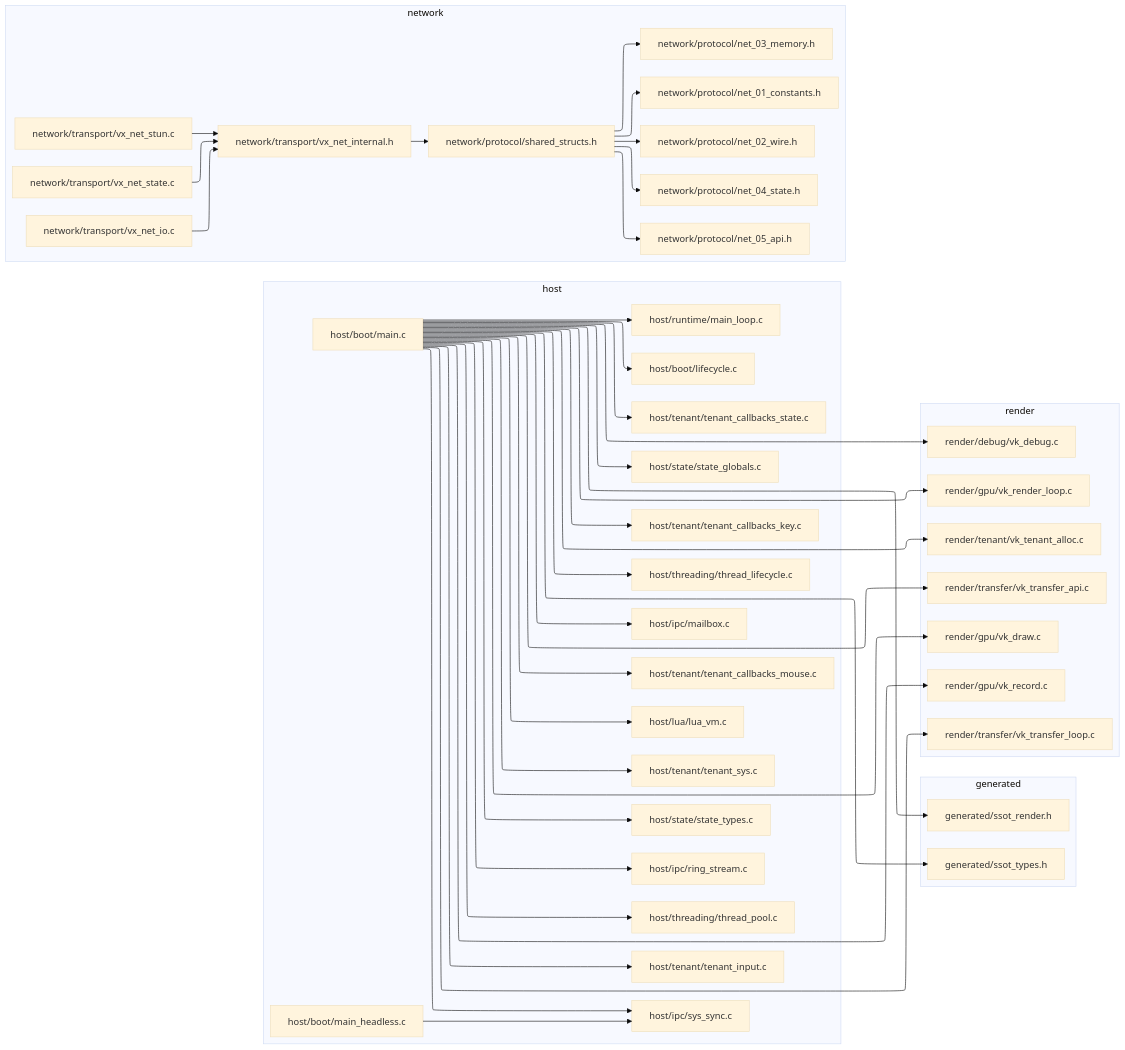
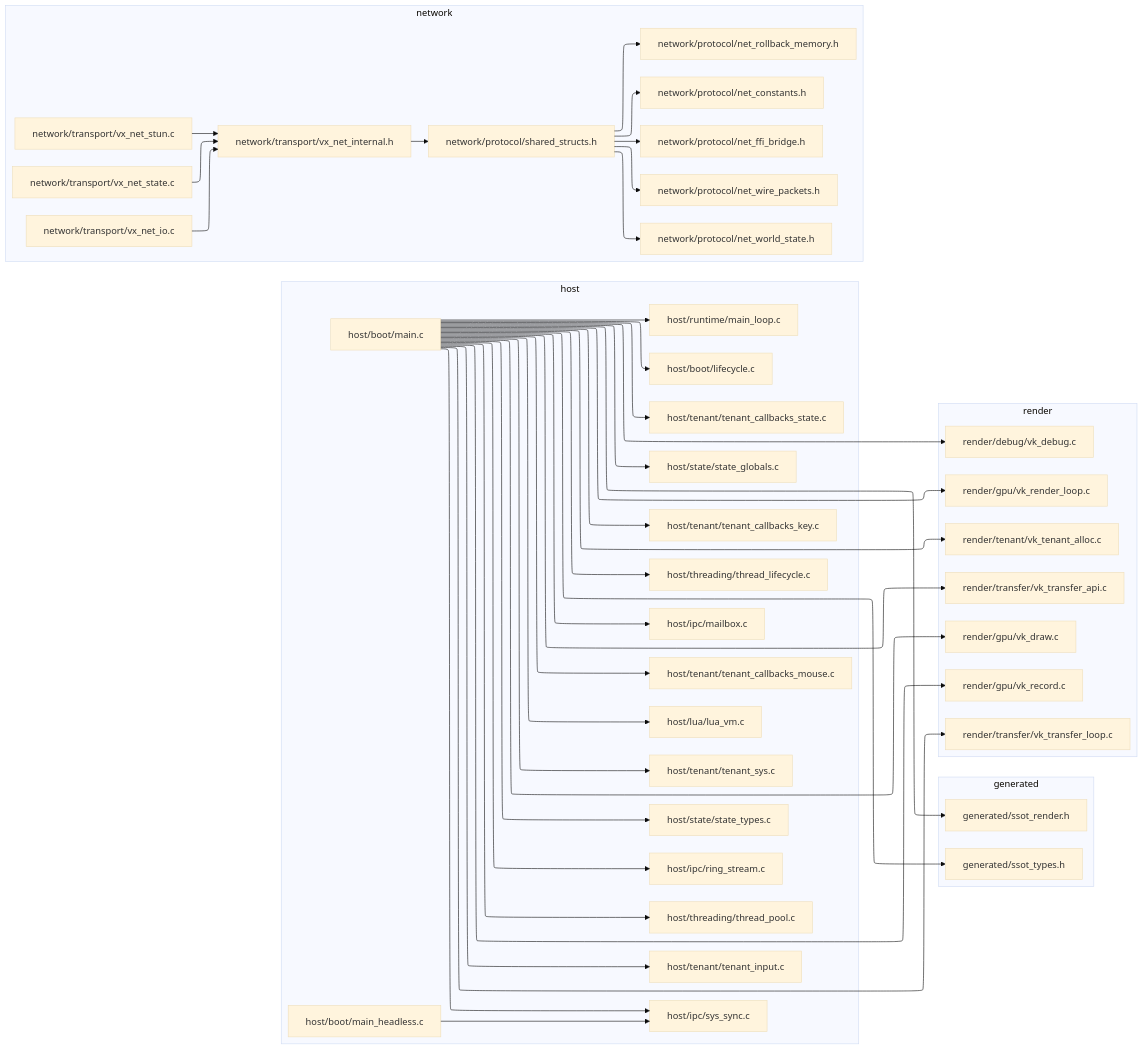
One commit to beyondbrokkoli/demo_engine changed the diagram in docs/deps_c.md. Above: the diagram before and after it, drawn with Mermaid (base theme). The commit also changed 1 other file, not shown here.

```diff
--- a/docs/deps_c.md
+++ b/docs/deps_c.md
@@ -26,11 +26,11 @@
         host_threading_thread_pool_c["host/threading/thread_pool.c"]
     end
     subgraph network
-        network_protocol_net_01_constants_h["network/protocol/net_01_constants.h"]
-        network_protocol_net_02_wire_h["network/protocol/net_02_wire.h"]
-        network_protocol_net_03_memory_h["network/protocol/net_03_memory.h"]
-        network_protocol_net_04_state_h["network/protocol/net_04_state.h"]
-        network_protocol_net_05_api_h["network/protocol/net_05_api.h"]
+        network_protocol_net_constants_h["network/protocol/net_constants.h"]
+        network_protocol_net_ffi_bridge_h["network/protocol/net_ffi_bridge.h"]
+        network_protocol_net_rollback_memory_h["network/protocol/net_rollback_memory.h"]
+        network_protocol_net_wire_packets_h["network/protocol/net_wire_packets.h"]
+        network_protocol_net_world_state_h["network/protocol/net_world_state.h"]
         network_protocol_shared_structs_h["network/protocol/shared_structs.h"]
         network_transport_vx_net_internal_h["network/transport/vx_net_internal.h"]
         network_transport_vx_net_io_c["network/transport/vx_net_io.c"]
@@ -71,11 +71,11 @@
     host_boot_main_c --> render_transfer_vk_transfer_api_c
     host_boot_main_c --> render_transfer_vk_transfer_loop_c
     host_boot_main_headless_c --> host_ipc_sys_sync_c
-    network_protocol_shared_structs_h --> network_protocol_net_01_constants_h
-    network_protocol_shared_structs_h --> network_protocol_net_02_wire_h
-    network_protocol_shared_structs_h --> network_protocol_net_03_memory_h
-    network_protocol_shared_structs_h --> network_protocol_net_04_state_h
-    network_protocol_shared_structs_h --> network_protocol_net_05_api_h
+    network_protocol_shared_structs_h --> network_protocol_net_constants_h
+    network_protocol_shared_structs_h --> network_protocol_net_ffi_bridge_h
+    network_protocol_shared_structs_h --> network_protocol_net_rollback_memory_h
+    network_protocol_shared_structs_h --> network_protocol_net_wire_packets_h
+    network_protocol_shared_structs_h --> network_protocol_net_world_state_h
     network_transport_vx_net_internal_h --> network_protocol_shared_structs_h
     network_transport_vx_net_io_c --> network_transport_vx_net_internal_h
     network_transport_vx_net_state_c --> network_transport_vx_net_internal_h
```
